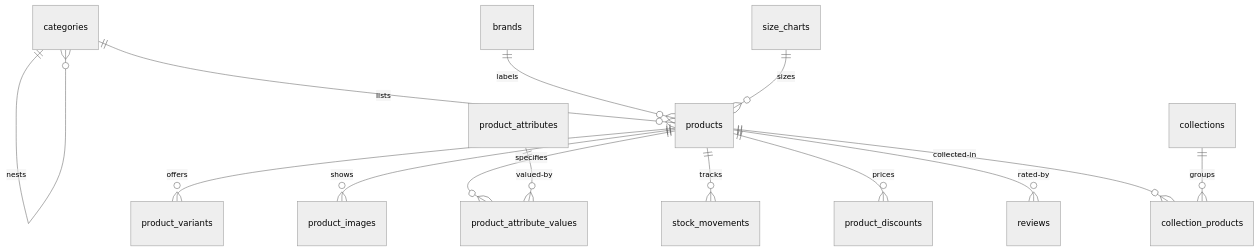
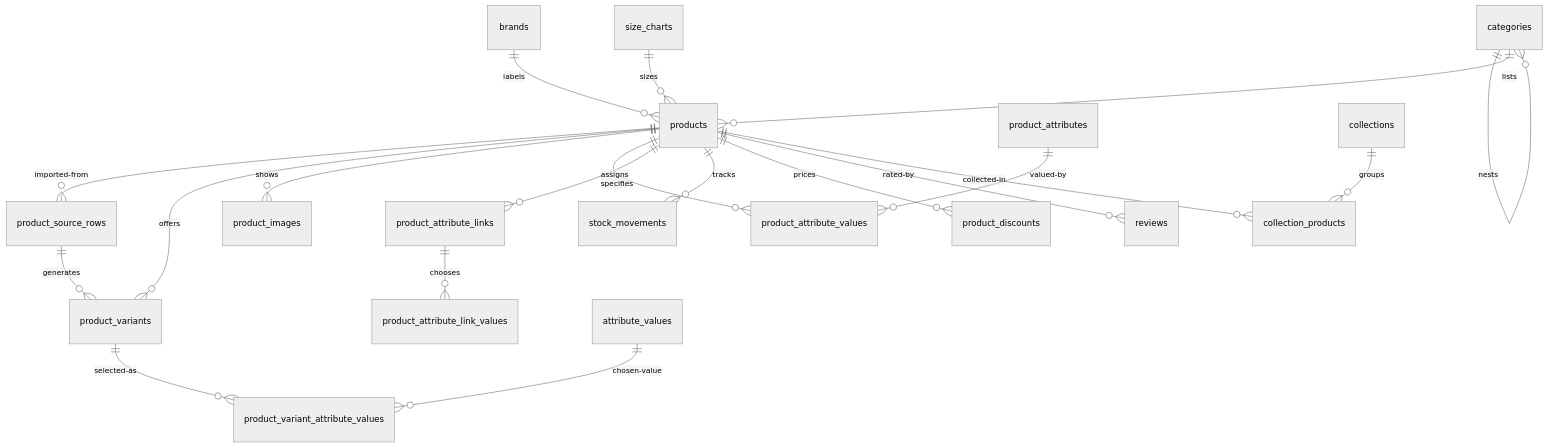
Before and after one commit to UnmarriedIdentity/the-unlugged-wear: the diagram in DOC/backend/04-Catalog.md, drawn with Mermaid (neutral theme). The commit also changed other lines of this file and 5 other files, not shown here.

Commit message:
feat(catalog): model workbook rows, serials, HSN, and variant axes

````diff
--- a/DOC/backend/04-Catalog.md
+++ b/DOC/backend/04-Catalog.md
@@ -289,16 +351,22 @@
 ```mermaid
 erDiagram
     categories ||--o{ categories : nests
     categories ||--o{ products : lists
     brands ||--o{ products : labels
     size_charts ||--o{ products : sizes
+    products ||--o{ product_source_rows : imported-from
     products ||--o{ product_variants : offers
+    product_source_rows ||--o{ product_variants : generates
     products ||--o{ product_images : shows
     products ||--o{ product_attribute_values : specifies
     product_attributes ||--o{ product_attribute_values : valued-by
+    products ||--o{ product_attribute_links : assigns
+    product_attribute_links ||--o{ product_attribute_link_values : chooses
+    product_variants ||--o{ product_variant_attribute_values : selected-as
+    attribute_values ||--o{ product_variant_attribute_values : chosen-value
     products ||--o{ stock_movements : tracks
     products ||--o{ product_discounts : prices
     products ||--o{ reviews : rated-by
     products ||--o{ collection_products : collected-in
     collections ||--o{ collection_products : groups
 ```
````
